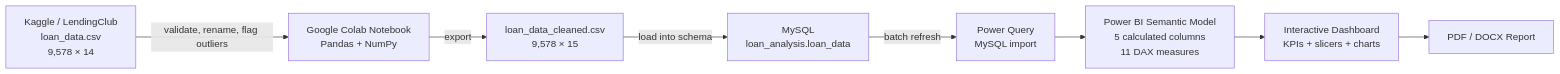
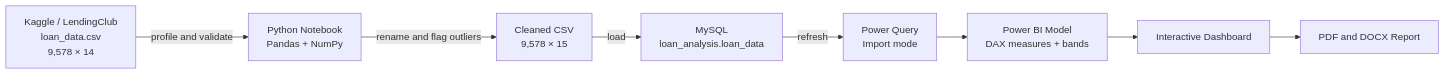
The diagram in README.md (nafishaparveen2104/Loan-Default-Risk-Analysis-Dashboard), drawn with Mermaid before and after one commit. The commit also changed other lines of this file, not shown here.

````diff
--- a/README.md
+++ b/README.md
@@ -171,19 +226,19 @@
 ```mermaid
 flowchart LR
     A["Kaggle / LendingClub<br/>loan_data.csv<br/>9,578 × 14"]
-    B["Google Colab Notebook<br/>Pandas + NumPy"]
-    C["loan_data_cleaned.csv<br/>9,578 × 15"]
+    B["Python Notebook<br/>Pandas + NumPy"]
+    C["Cleaned CSV<br/>9,578 × 15"]
     D["MySQL<br/>loan_analysis.loan_data"]
-    E["Power Query<br/>MySQL import"]
-    F["Power BI Semantic Model<br/>5 calculated columns<br/>11 DAX measures"]
-    G["Interactive Dashboard<br/>KPIs + slicers + charts"]
-    H["PDF / DOCX Report"]
+    E["Power Query<br/>Import mode"]
+    F["Power BI Model<br/>DAX measures + bands"]
+    G["Interactive Dashboard"]
+    H["PDF and DOCX Report"]
 
-    A -->|validate, rename, flag outliers| B
-    B -->|export| C
-    C -->|load into schema| D
-    D -->|batch refresh| E
+    A -->|profile and validate| B
+    B -->|rename and flag outliers| C
+    C -->|load| D
+    D -->|refresh| E
     E --> F
     F --> G
     G --> H
 ```
````
